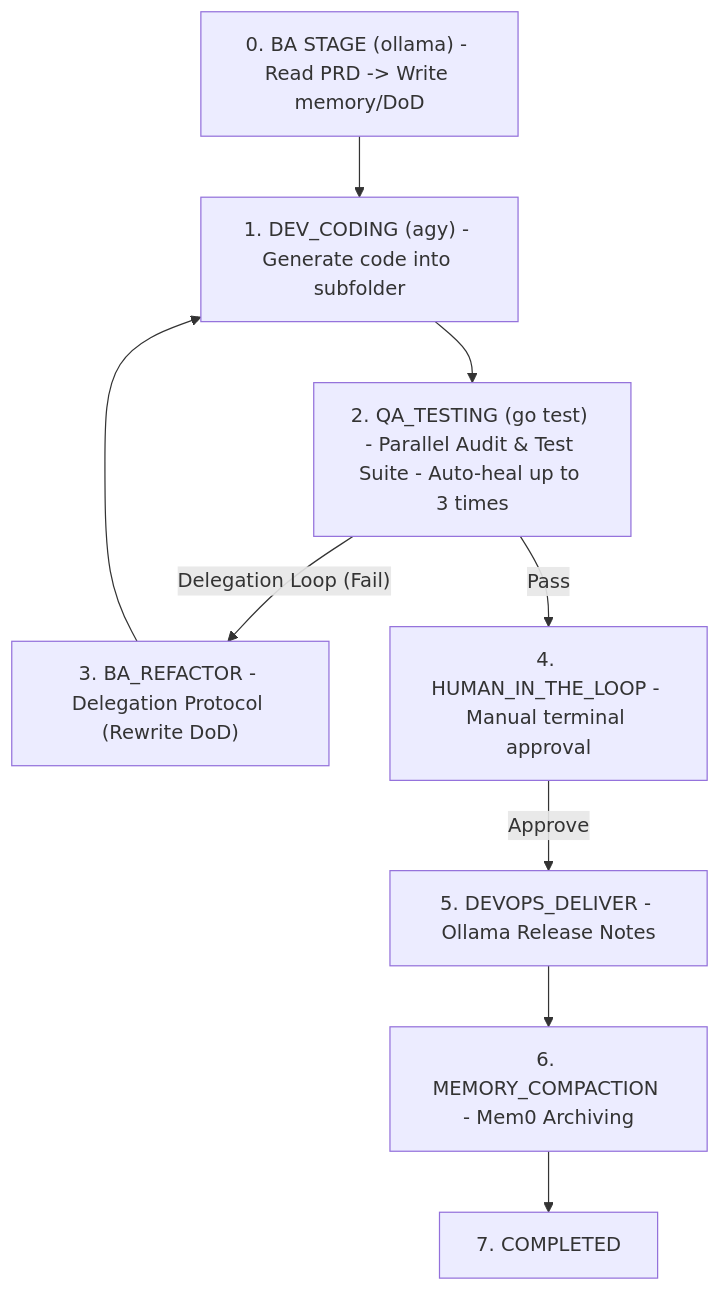
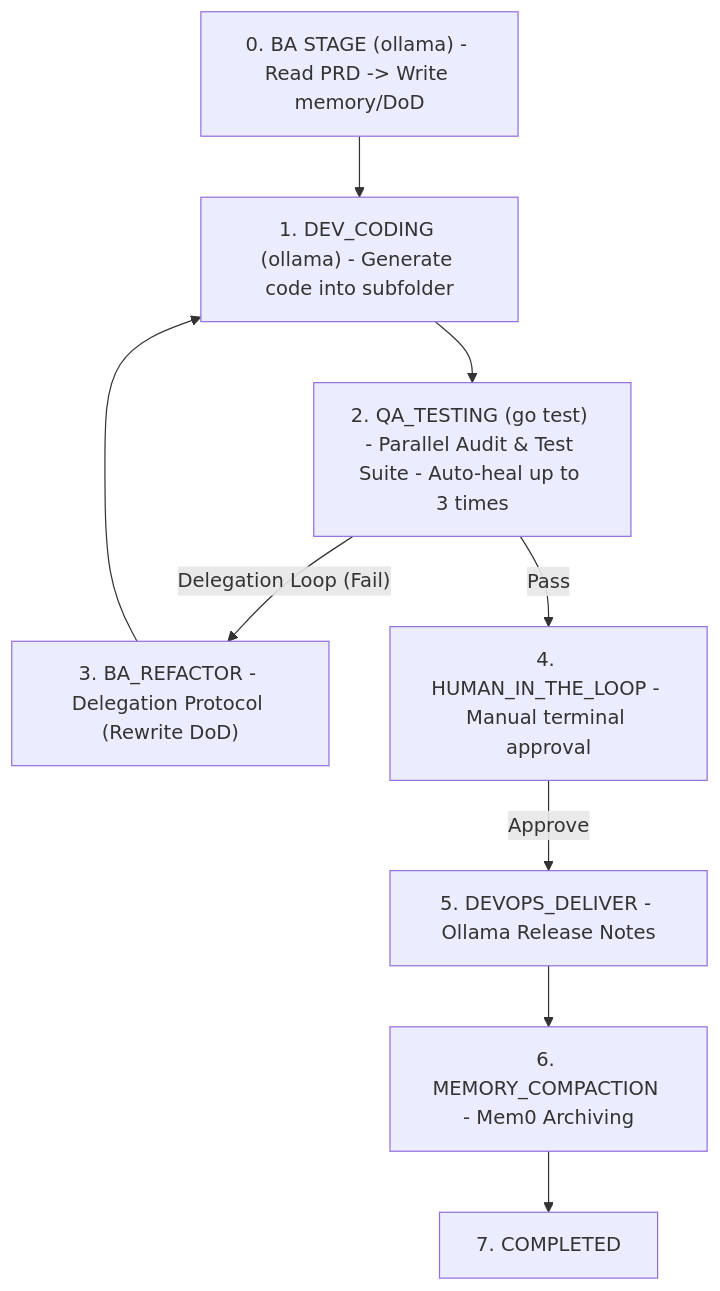
One commit to dothanhlam/harness-engineering changed the diagram in README.md. Above: the diagram before and after it, drawn with Mermaid. The commit also changed other lines of this file and 2 other files, not shown here.

Commit message:
feat: switch Dev agent to ollama with gemma4:e4b model

````diff
--- a/README.md
+++ b/README.md
@@ -11,20 +11,20 @@
 ```mermaid
 flowchart TD
     BA["0. BA STAGE (ollama) - Read PRD -> Write memory/DoD"]
-    DEV["1. DEV_CODING (agy) - Generate code into subfolder"]
+    DEV["1. DEV_CODING (ollama) - Generate code into subfolder"]
     QA["2. QA_TESTING (go test) - Parallel Audit & Test Suite - Auto-heal up to 3 times"]
     BA_REF["3. BA_REFACTOR - Delegation Protocol (Rewrite DoD)"]
     HITL["4. HUMAN_IN_THE_LOOP - Manual terminal approval"]
     DEVOPS["5. DEVOPS_DELIVER - Ollama Release Notes"]
     COMPACT["6. MEMORY_COMPACTION - Mem0 Archiving"]
     DONE["7. COMPLETED"]
 
     BA --> DEV
     DEV --> QA
     QA -- "Delegation Loop (Fail)" --> BA_REF
     BA_REF --> DEV
     QA -- "Pass" --> HITL
     HITL -- "Approve" --> DEVOPS
     DEVOPS --> COMPACT
     COMPACT --> DONE
 ```
````
